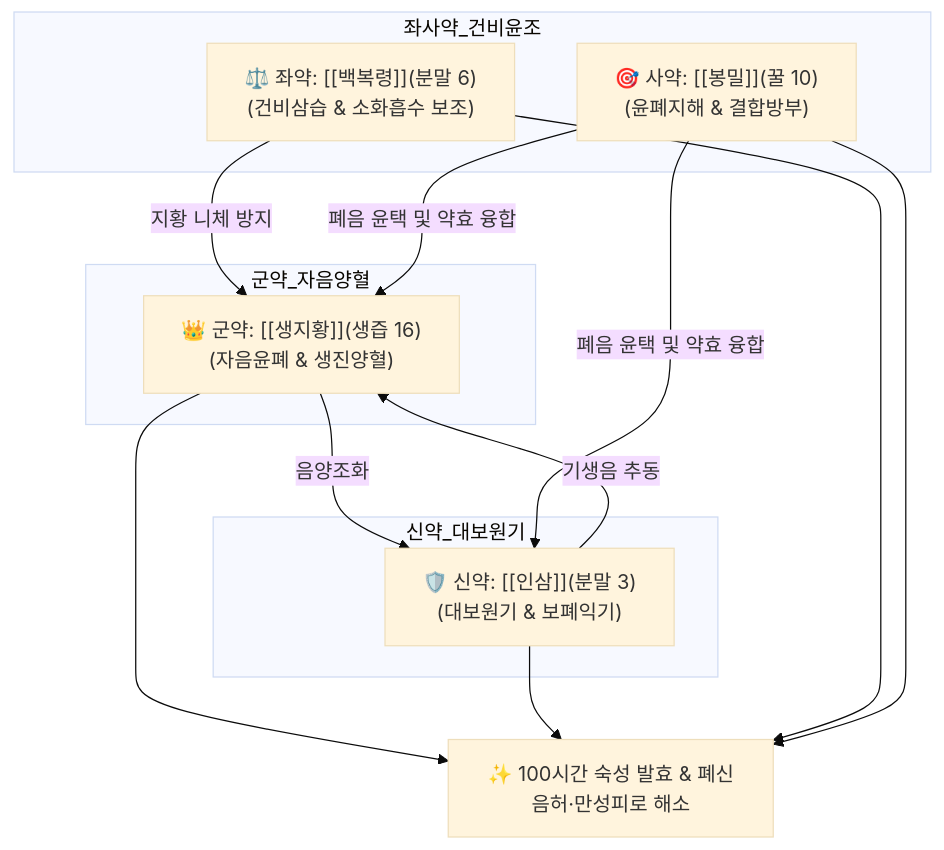
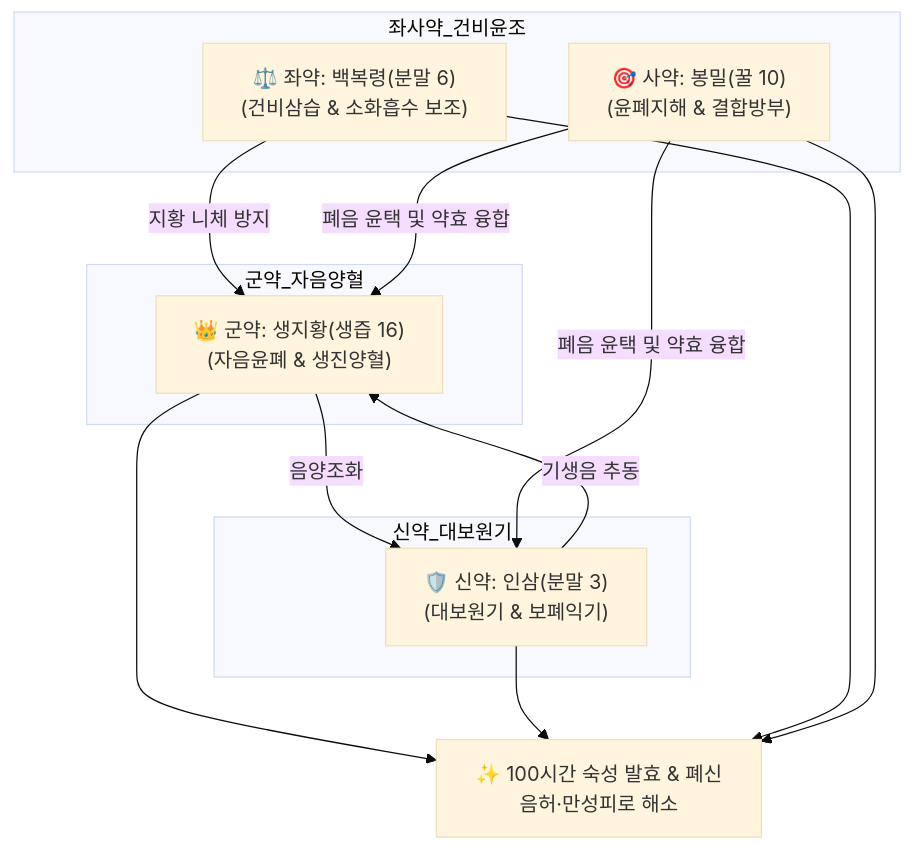
One commit to simbio11/simbio-digital-garden2 changed the diagram in content/2. 약리 공부/처방/02_보익제/경옥고.md. Above: the diagram before and after it, drawn with Mermaid (base theme). The commit also changed other lines of this file and 323 other files, not shown here.

````diff
--- a/content/2. 약리 공부/처방/02_보익제/경옥고.md
+++ b/content/2. 약리 공부/처방/02_보익제/경옥고.md
@@ -48,18 +50,18 @@
 ```mermaid
 graph TD
     subgraph 군약_자음양혈
-        SJH["👑 군약: [[생지황]](생즙 16)<br>(자음윤폐 & 생진양혈)"]
+        SJH["👑 군약: 생지황(생즙 16)<br>(자음윤폐 & 생진양혈)"]
     end
     subgraph 신약_대보원기
-        IS["🛡️ 신약: [[인삼]](분말 3)<br>(대보원기 & 보폐익기)"]
+        IS["🛡️ 신약: 인삼(분말 3)<br>(대보원기 & 보폐익기)"]
     end
     subgraph 좌사약_건비윤조
-        BBR["⚖️ 좌약: [[백복령]](분말 6)<br>(건비삼습 & 소화흡수 보조)"]
-        BM["🎯 사약: [[봉밀]](꿀 10)<br>(윤폐지해 & 결합방부)"]
+        BBR["⚖️ 좌약: 백복령(분말 6)<br>(건비삼습 & 소화흡수 보조)"]
+        BM["🎯 사약: 봉밀(꿀 10)<br>(윤폐지해 & 결합방부)"]
     end
     SJH -->|음양조화| IS
     IS -->|기생음 추동| SJH
     BBR -->|지황 니체 방지| SJH
     BM -->|폐음 윤택 및 약효 융합| SJH & IS
     SJH & IS & BBR & BM --> Outcome["✨ 100시간 숙성 발효 & 폐신음허·만성피로 해소"]
 ```
````
